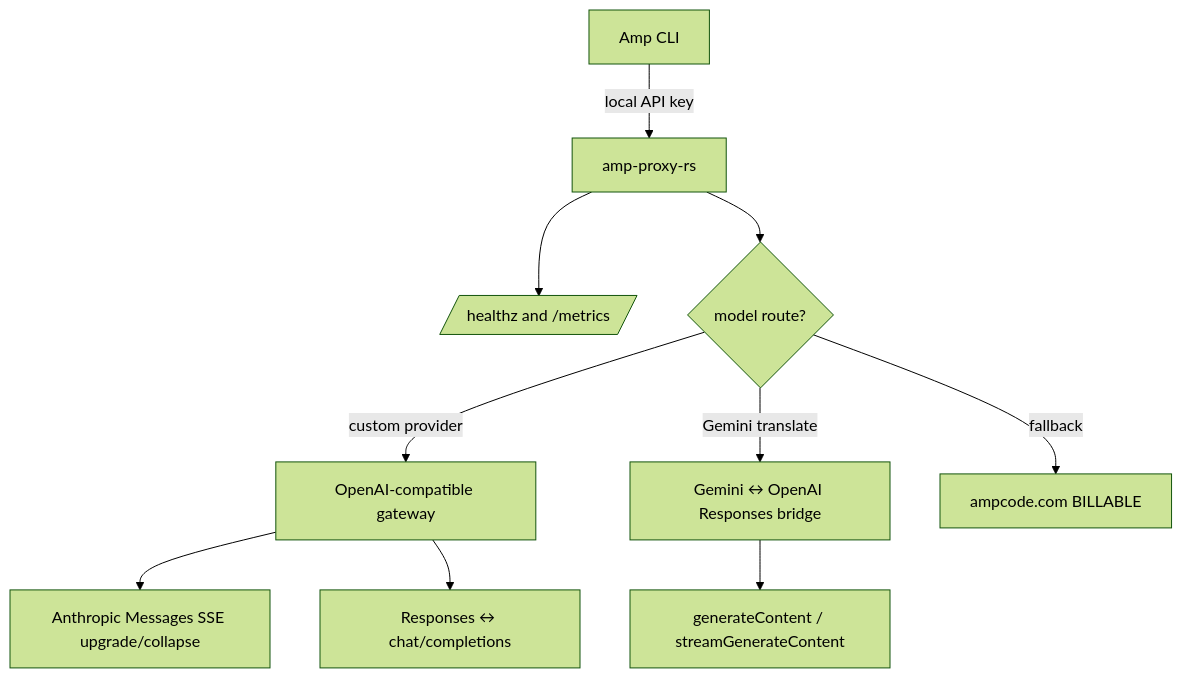
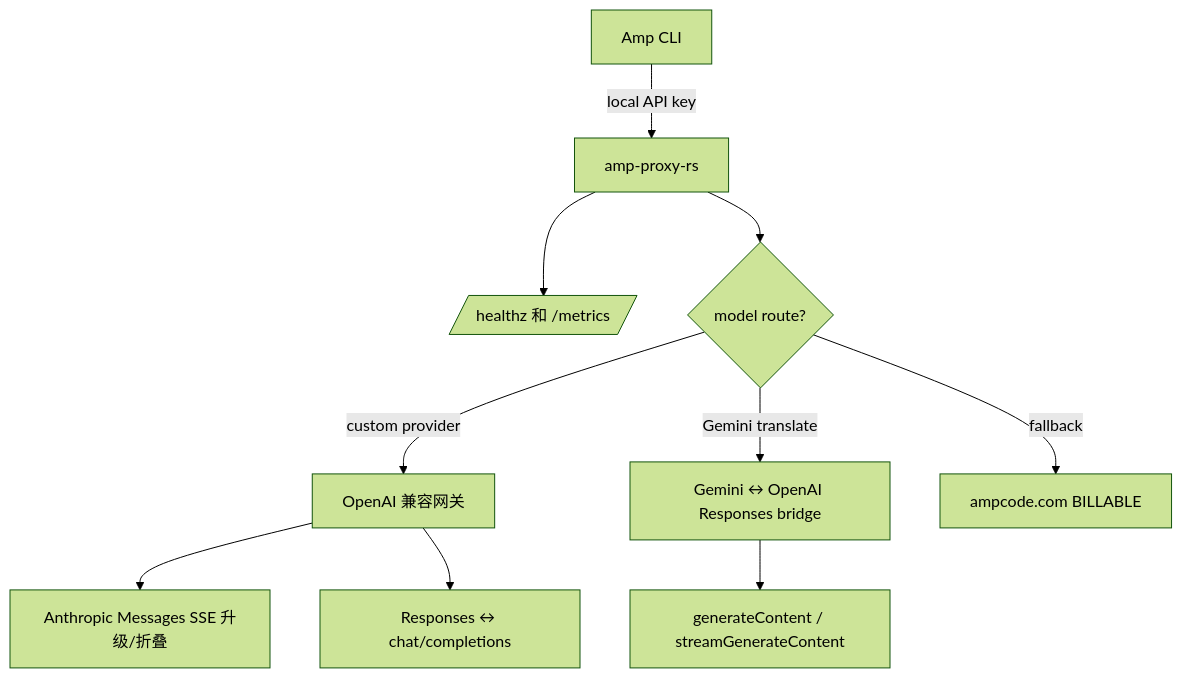
Before and after one commit to margbug01/amp-proxy-rs: the diagram in README.md, drawn with Mermaid (forest theme). The commit also changed other lines of this file and 2 other files, not shown here.

````diff
--- a/README.md
+++ b/README.md
@@ -74,12 +69,12 @@
 ```mermaid
 flowchart TD
     A[Amp CLI] -->|local API key| P[amp-proxy-rs]
-    P --> H[/healthz and /metrics/]
+    P --> H[/healthz 和 /metrics/]
     P --> R{model route?}
-    R -->|custom provider| C[OpenAI-compatible gateway]
+    R -->|custom provider| C[OpenAI 兼容网关]
     R -->|Gemini translate| G[Gemini ↔ OpenAI Responses bridge]
     R -->|fallback| B[ampcode.com BILLABLE]
-    C --> T1[Anthropic Messages SSE upgrade/collapse]
+    C --> T1[Anthropic Messages SSE 升级/折叠]
     C --> T2[Responses ↔ chat/completions]
     G --> T3[generateContent / streamGenerateContent]
 ```
````
